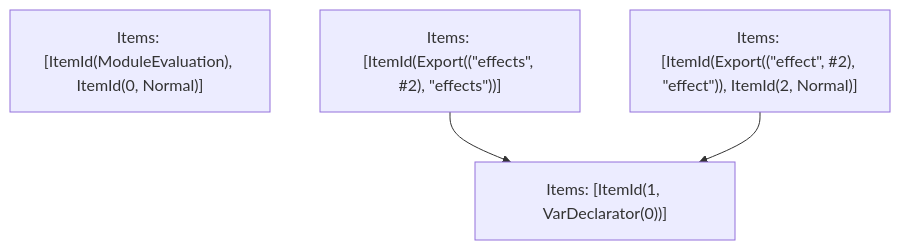
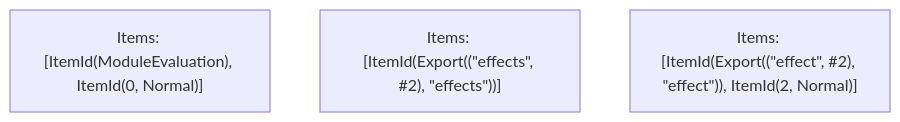
Before and after one commit to vercel/turborepo: the fifth of 5 diagrams in crates/turbopack-ecmascript/tests/tree-shaker/analyzer/tla-1/output.md, drawn with Mermaid. The commit also changed other lines of this file and 20 other files, not shown here.

````diff
--- a/crates/turbopack-ecmascript/tests/tree-shaker/analyzer/tla-1/output.md
+++ b/crates/turbopack-ecmascript/tests/tree-shaker/analyzer/tla-1/output.md
@@ -100,9 +97,6 @@
 ```mermaid
 graph TD
     N0["Items: [ItemId(ModuleEvaluation), ItemId(0, Normal)]"];
     N1["Items: [ItemId(Export((&quot;effects&quot;, #2), &quot;effects&quot;))]"];
     N2["Items: [ItemId(Export((&quot;effect&quot;, #2), &quot;effect&quot;)), ItemId(2, Normal)]"];
-    N3["Items: [ItemId(1, VarDeclarator(0))]"];
-    N1 --> N3;
-    N2 --> N3;
 ```
````
